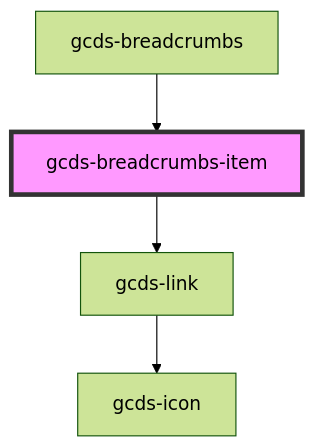
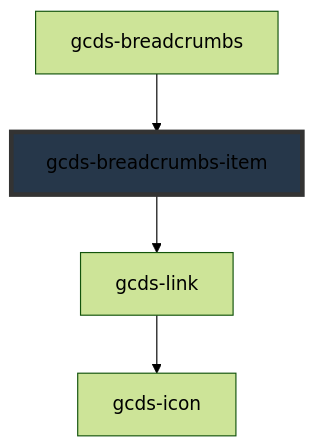
Before and after one commit to cds-snc/gcds-components: the diagram in packages/web/src/components/gcds-breadcrumbs/readme.md, drawn with Mermaid (forest theme). The commit also changed other lines of this file and 16 other files, not shown here.

````diff
--- a/packages/web/src/components/gcds-breadcrumbs/readme.md
+++ b/packages/web/src/components/gcds-breadcrumbs/readme.md
@@ -26,7 +42,7 @@
 ```mermaid
 graph TD;
   gcds-breadcrumbs-item --> gcds-link
   gcds-link --> gcds-icon
   gcds-breadcrumbs --> gcds-breadcrumbs-item
-  style gcds-breadcrumbs-item fill:#f9f,stroke:#333,stroke-width:4px
+  style gcds-breadcrumbs-item fill:#26374a,stroke:#333,stroke-width:4px
 ```
````
